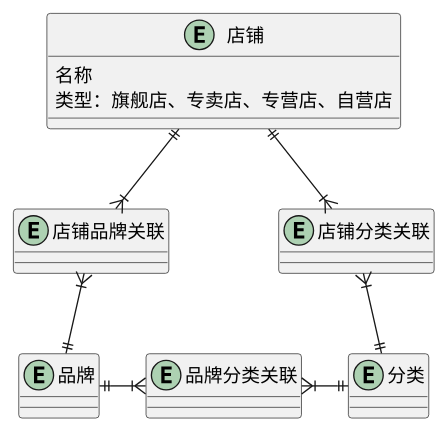
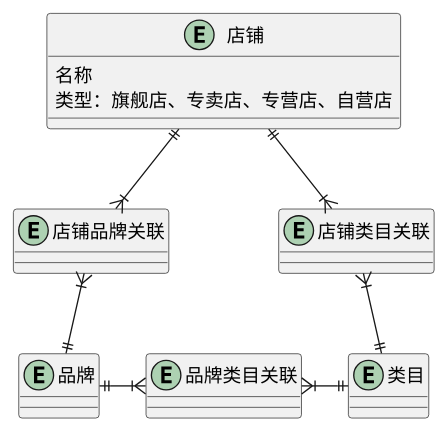
The diagram in 店铺.wsd (awesomecat2020/mock-mall), drawn with PlantUML before and after one commit. The commit also changed 1 other file, not shown here.

Commit message:
UML-类目更改

```diff
--- a/店铺.wsd
+++ b/店铺.wsd
@@ -1,30 +1,30 @@
 @startuml 店铺UML
 
 entity 店铺 {
     名称
     类型：旗舰店、专卖店、专营店、自营店
 }
 entity 品牌 {
 
 }
 entity 店铺品牌关联 {
 
 }
-entity 分类 {
+entity 类目 {
 
 }
-entity 店铺分类关联 {
+entity 店铺类目关联 {
 
 }
-entity 品牌分类关联 {
+entity 品牌类目关联 {
 
 }
 
 店铺 ||--|{ 店铺品牌关联
 店铺品牌关联 }|--|| 品牌
-店铺 ||--|{ 店铺分类关联
-店铺分类关联 }|--|| 分类
-品牌 ||-|{ 品牌分类关联
-品牌分类关联 }|-|| 分类
+店铺 ||--|{ 店铺类目关联
+店铺类目关联 }|--|| 类目
+品牌 ||-|{ 品牌类目关联
+品牌类目关联 }|-|| 类目
 
 @enduml
```
